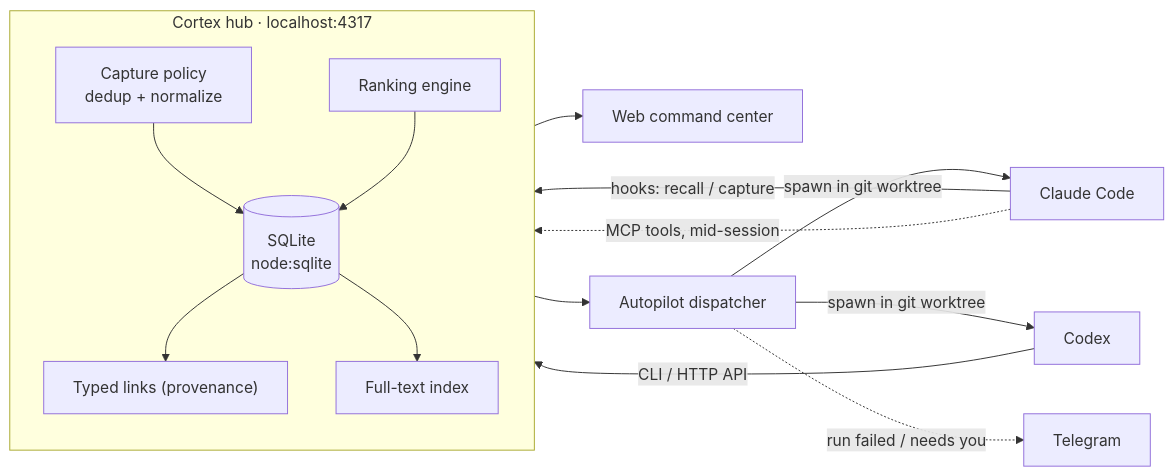
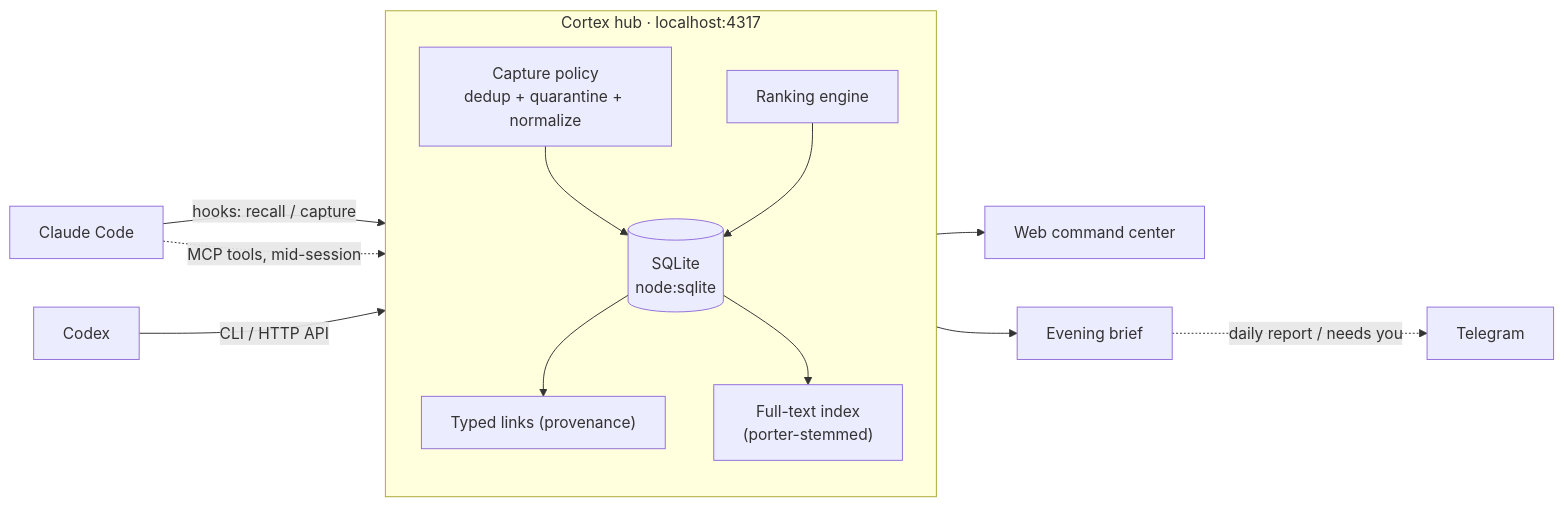
The first of 3 diagrams in README.md (gsl0001/Cortex), drawn with Mermaid before and after one commit. The commit also changed other lines of this file and 87 other files, not shown here.

First line of the commit message:
Sync with upstream hub (July 15 → Aug 28): stub-index brief, evening report, portfolio doctor, autonomy tiers

````diff
--- a/README.md
+++ b/README.md
@@ -60,31 +73,29 @@
 ```mermaid
 flowchart LR
     CC["Claude Code"]
     CX["Codex"]
 
     subgraph HUB["Cortex hub · localhost:4317"]
       direction TB
-      CAP["Capture policy<br/>dedup + normalize"]
+      CAP["Capture policy<br/>dedup + quarantine + normalize"]
       DB[("SQLite<br/>node:sqlite")]
       LINK["Typed links (provenance)"]
-      IDX["Full-text index"]
+      IDX["Full-text index<br/>(porter-stemmed)"]
       RANK["Ranking engine"]
       CAP --> DB
       DB --> LINK
       DB --> IDX
       RANK --> DB
     end
 
     WEB["Web command center"]
-    AP["Autopilot dispatcher"]
+    EOD["Evening brief"]
     TG["Telegram"]
 
     CC -->|"hooks: recall / capture"| CAP
     CC -.->|"MCP tools, mid-session"| CAP
     CX -->|"CLI / HTTP API"| CAP
     HUB --> WEB
-    HUB --> AP
-    AP -->|"spawn in git worktree"| CC
-    AP -->|"spawn in git worktree"| CX
-    AP -.->|"run failed / needs you"| TG
+    HUB --> EOD
+    EOD -.->|"daily report / needs you"| TG
 ```
````
